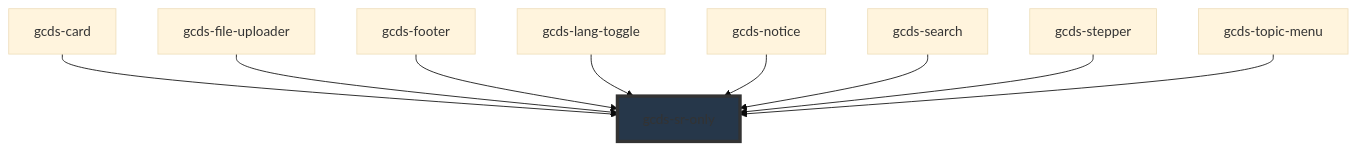
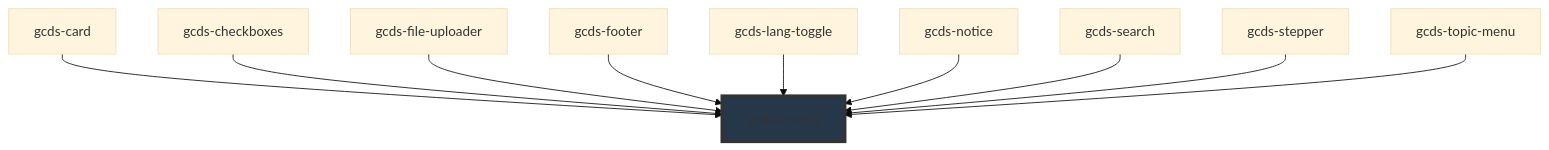
The diagram in packages/web/src/components/gcds-sr-only/readme.md (cds-snc/gcds-components), drawn with Mermaid (base theme) before and after one commit. The commit also changed other lines of this file and 12 other files, not shown here.

Commit message:
feat(gcds-checkboxes): Add attributes to hide the label or legend

````diff
--- a/packages/web/src/components/gcds-sr-only/readme.md
+++ b/packages/web/src/components/gcds-sr-only/readme.md
@@ -40,12 +41,13 @@
 ```mermaid
 graph TD;
   gcds-card --> gcds-sr-only
+  gcds-checkboxes --> gcds-sr-only
   gcds-file-uploader --> gcds-sr-only
   gcds-footer --> gcds-sr-only
   gcds-lang-toggle --> gcds-sr-only
   gcds-notice --> gcds-sr-only
   gcds-search --> gcds-sr-only
   gcds-stepper --> gcds-sr-only
   gcds-topic-menu --> gcds-sr-only
   style gcds-sr-only fill:#26374a,stroke:#333,stroke-width:4px
 ```
````
